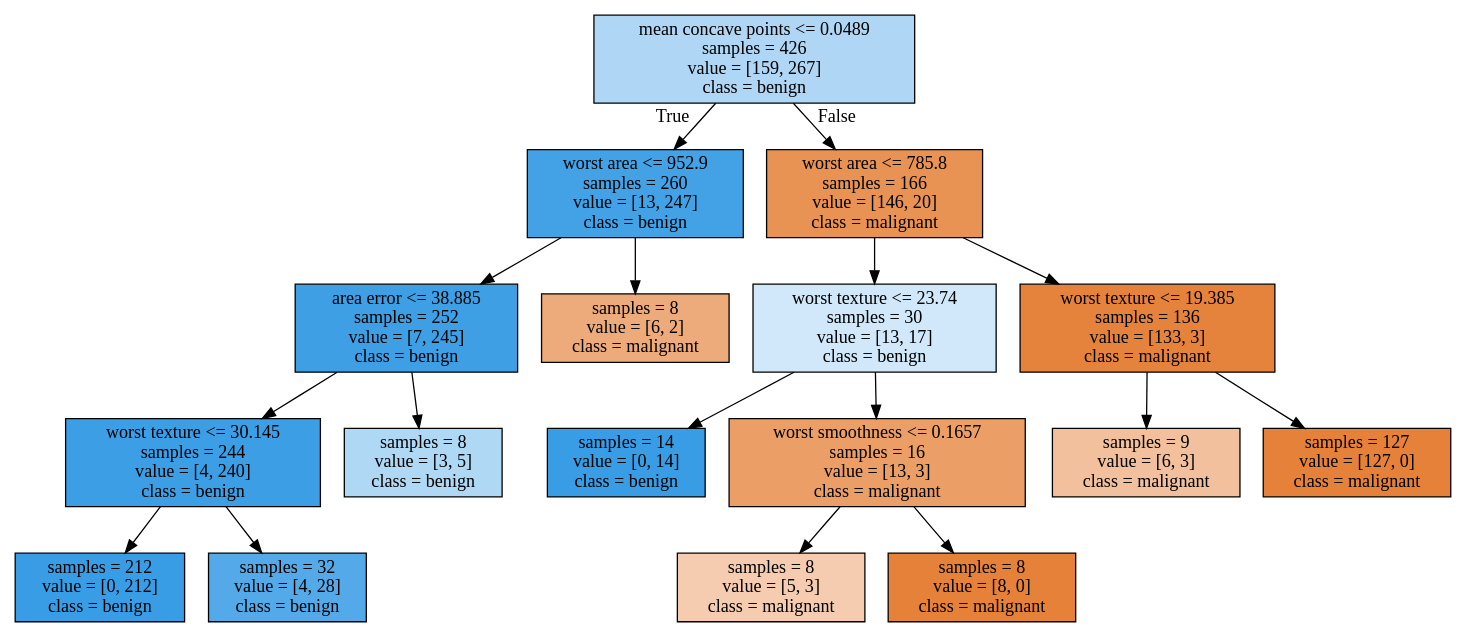
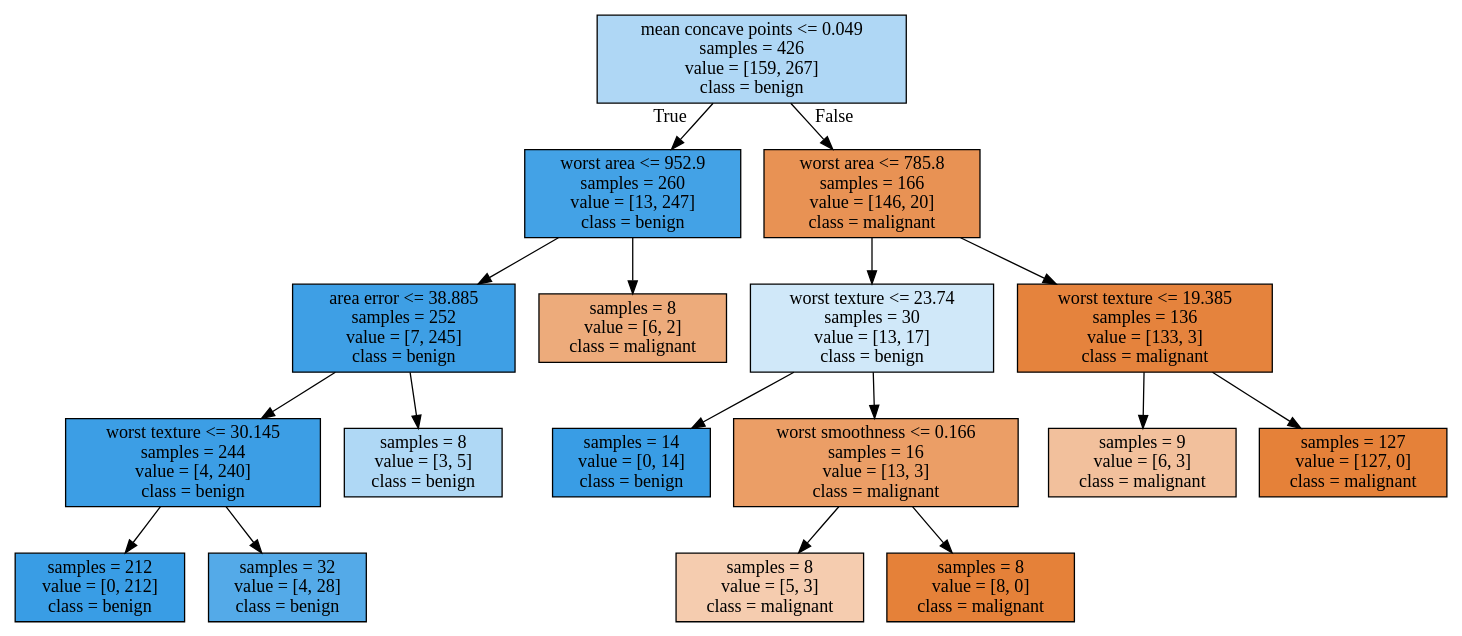
One commit to rh01/machine-learning changed the diagram in data-science/python-machine-learning/adspy_temp.dot. Above: the diagram before and after it, drawn with Graphviz. The commit also changed 7 other files, not shown here.

```diff
--- a/data-science/python-machine-learning/adspy_temp.dot
+++ b/data-science/python-machine-learning/adspy_temp.dot
@@ -1,36 +1,36 @@
 digraph Tree {
 node [shape=box, style="filled", color="black"] ;
-0 [label="mean concave points <= 0.0489\nsamples = 426\nvalue = [159, 267]\nclass = benign", fillcolor="#399de567"] ;
+0 [label="mean concave points <= 0.049\nsamples = 426\nvalue = [159, 267]\nclass = benign", fillcolor="#399de567"] ;
 1 [label="worst area <= 952.9\nsamples = 260\nvalue = [13, 247]\nclass = benign", fillcolor="#399de5f2"] ;
 0 -> 1 [labeldistance=2.5, labelangle=45, headlabel="True"] ;
 2 [label="area error <= 38.885\nsamples = 252\nvalue = [7, 245]\nclass = benign", fillcolor="#399de5f8"] ;
 1 -> 2 ;
 3 [label="worst texture <= 30.145\nsamples = 244\nvalue = [4, 240]\nclass = benign", fillcolor="#399de5fb"] ;
 2 -> 3 ;
 4 [label="samples = 212\nvalue = [0, 212]\nclass = benign", fillcolor="#399de5ff"] ;
 3 -> 4 ;
 5 [label="samples = 32\nvalue = [4, 28]\nclass = benign", fillcolor="#399de5db"] ;
 3 -> 5 ;
 6 [label="samples = 8\nvalue = [3, 5]\nclass = benign", fillcolor="#399de566"] ;
 2 -> 6 ;
 7 [label="samples = 8\nvalue = [6, 2]\nclass = malignant", fillcolor="#e58139aa"] ;
 1 -> 7 ;
 8 [label="worst area <= 785.8\nsamples = 166\nvalue = [146, 20]\nclass = malignant", fillcolor="#e58139dc"] ;
 0 -> 8 [labeldistance=2.5, labelangle=-45, headlabel="False"] ;
 9 [label="worst texture <= 23.74\nsamples = 30\nvalue = [13, 17]\nclass = benign", fillcolor="#399de53c"] ;
 8 -> 9 ;
 10 [label="samples = 14\nvalue = [0, 14]\nclass = benign", fillcolor="#399de5ff"] ;
 9 -> 10 ;
-11 [label="worst smoothness <= 0.1657\nsamples = 16\nvalue = [13, 3]\nclass = malignant", fillcolor="#e58139c4"] ;
+11 [label="worst smoothness <= 0.166\nsamples = 16\nvalue = [13, 3]\nclass = malignant", fillcolor="#e58139c4"] ;
 9 -> 11 ;
 12 [label="samples = 8\nvalue = [5, 3]\nclass = malignant", fillcolor="#e5813966"] ;
 11 -> 12 ;
 13 [label="samples = 8\nvalue = [8, 0]\nclass = malignant", fillcolor="#e58139ff"] ;
 11 -> 13 ;
 14 [label="worst texture <= 19.385\nsamples = 136\nvalue = [133, 3]\nclass = malignant", fillcolor="#e58139f9"] ;
 8 -> 14 ;
 15 [label="samples = 9\nvalue = [6, 3]\nclass = malignant", fillcolor="#e581397f"] ;
 14 -> 15 ;
 16 [label="samples = 127\nvalue = [127, 0]\nclass = malignant", fillcolor="#e58139ff"] ;
 14 -> 16 ;
 }
```
